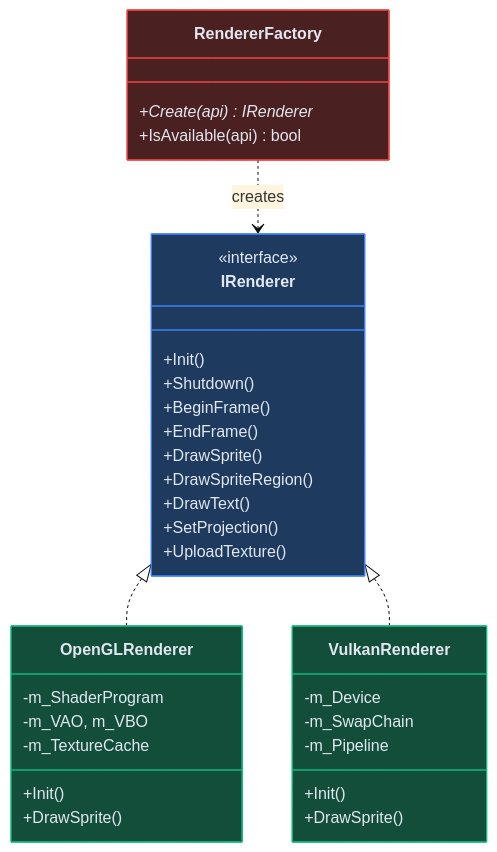
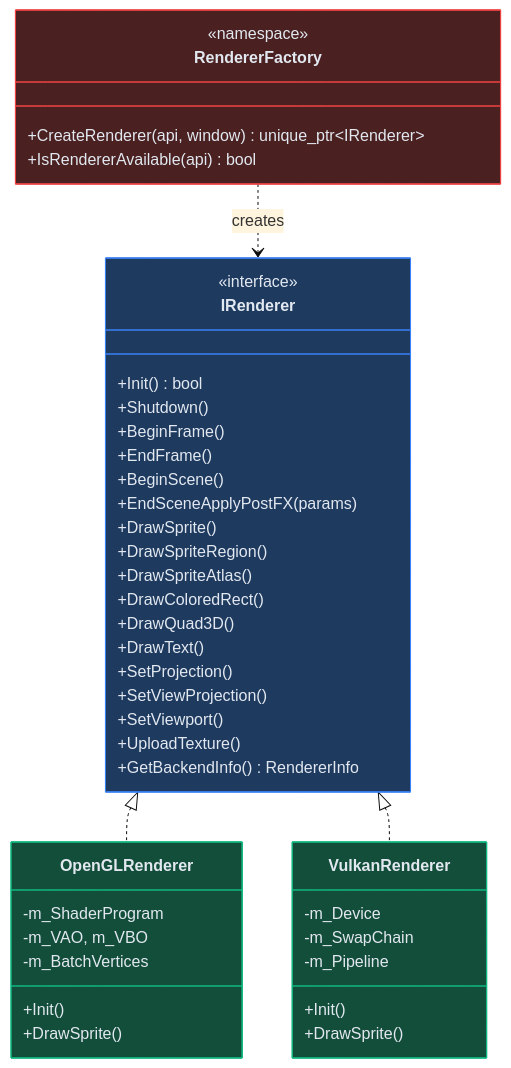
The fourth of 7 diagrams in docs/ARCHITECTURE.md (baaz777/rift), drawn with Mermaid (base theme) before and after one commit. The commit also changed other lines of this file, not shown here.

Commit message:
📝 Rewrite ARCHITECTURE for the ECS core

```diff
--- a/docs/ARCHITECTURE.md
+++ b/docs/ARCHITECTURE.md
@@ -222,45 +289,54 @@
 <pre class="mermaid">
 classDiagram
     class IRenderer {
         <<interface>>
-        +Init()
+        +Init() bool
         +Shutdown()
         +BeginFrame()
         +EndFrame()
+        +BeginScene()
+        +EndSceneApplyPostFX(params)
         +DrawSprite()
         +DrawSpriteRegion()
+        +DrawSpriteAtlas()
+        +DrawColoredRect()
+        +DrawQuad3D()
         +DrawText()
         +SetProjection()
+        +SetViewProjection()
+        +SetViewport()
         +UploadTexture()
+        +GetBackendInfo() RendererInfo
     }
 
     class OpenGLRenderer {
         -m_ShaderProgram
         -m_VAO, m_VBO
-        -m_TextureCache
+        -m_BatchVertices
         +Init()
         +DrawSprite()
     }
 
     class VulkanRenderer {
         -m_Device
         -m_SwapChain
         -m_Pipeline
         +Init()
         +DrawSprite()
     }
 
     class RendererFactory {
-        +Create(api) IRenderer*
-        +IsAvailable(api) bool
+        <<namespace>>
+        +CreateRenderer(api, window) unique_ptr~IRenderer~
+        +IsRendererAvailable(api) bool
     }
 
     IRenderer <|.. OpenGLRenderer
     IRenderer <|.. VulkanRenderer
     RendererFactory ..> IRenderer : creates
 
     style IRenderer fill:#1e3a5f,stroke:#3b82f6,color:#e2e8f0
     style OpenGLRenderer fill:#134e3a,stroke:#10b981,color:#e2e8f0
     style VulkanRenderer fill:#134e3a,stroke:#10b981,color:#e2e8f0
     style RendererFactory fill:#4a2020,stroke:#ef4444,color:#e2e8f0
 </pre>
```
